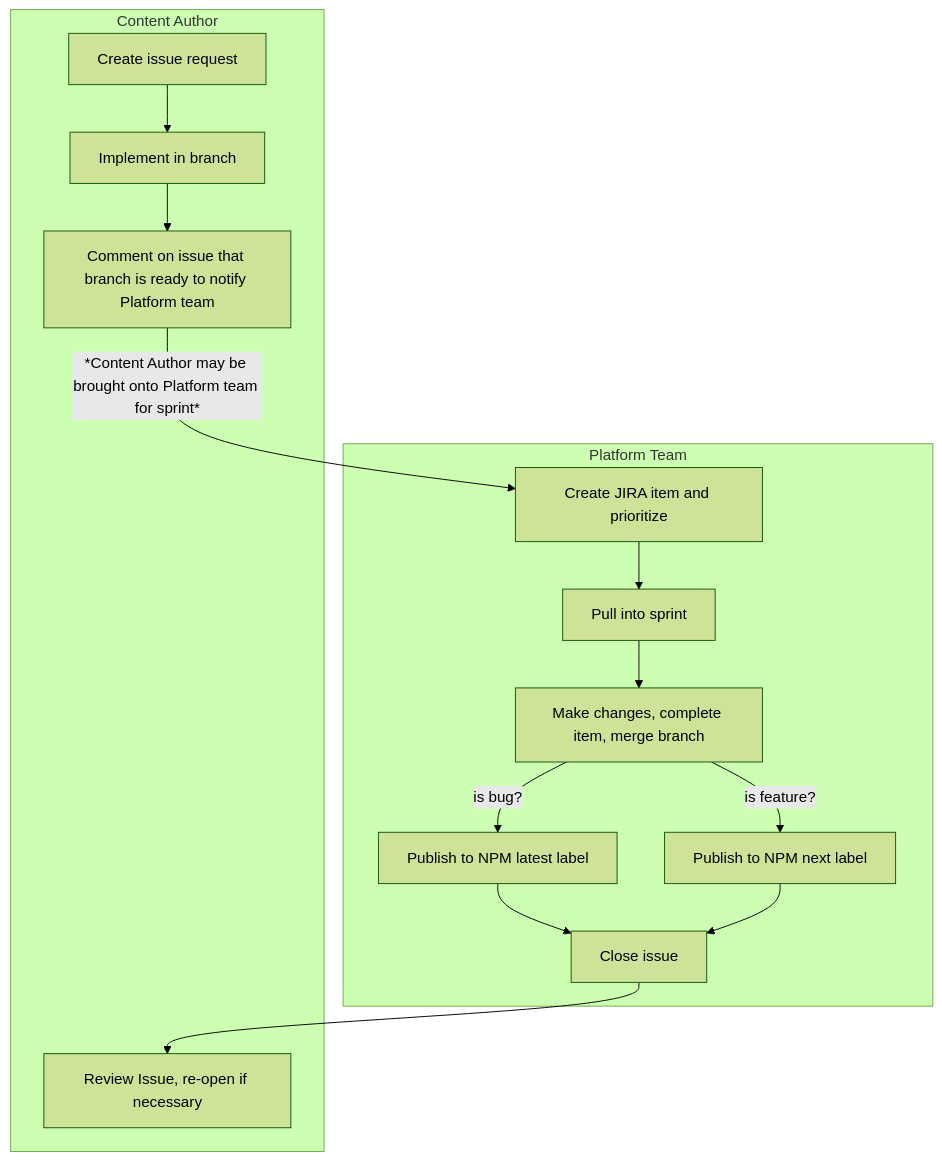
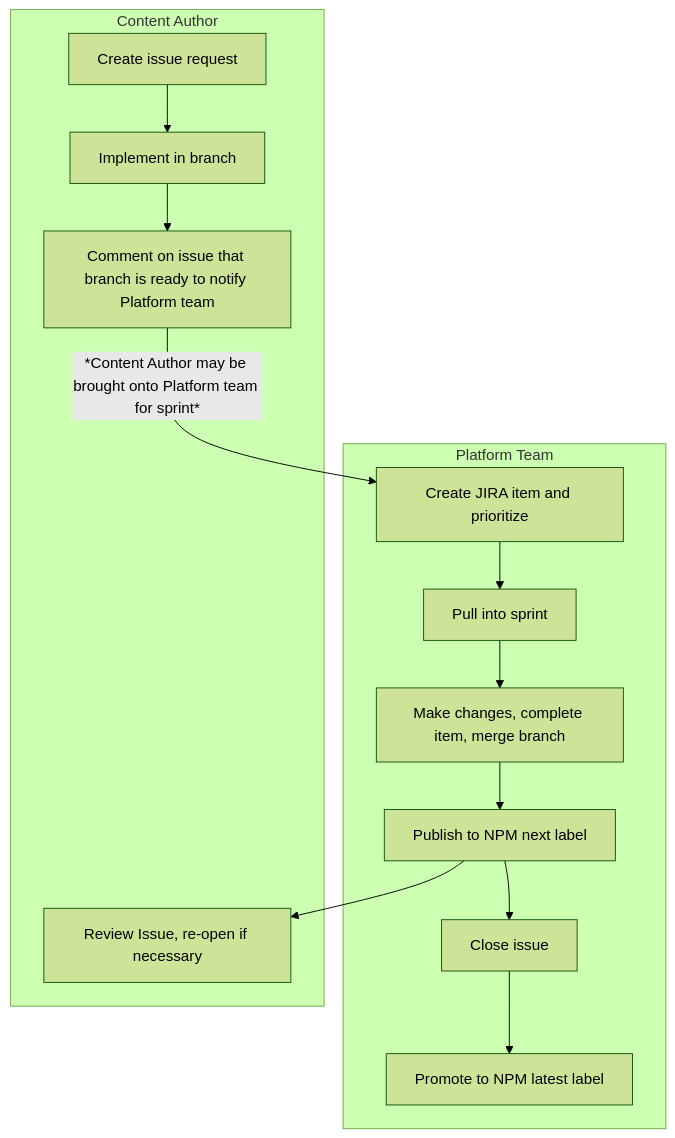
One commit to GovAlta/ui-components changed the diagram in contributing.md. Above: the diagram before and after it, drawn with Mermaid (forest theme). The commit also changed other lines of this file and 7 other files, not shown here.

````diff
--- a/contributing.md
+++ b/contributing.md
@@ -10,20 +14,19 @@
 ```mermaid
 graph TD
 subgraph Content Author
 	1[Create issue request] --> 2[Implement in branch]
 	2 --> 3[Comment on issue that branch is ready to notify Platform team]
   4[Review Issue, re-open if necessary]
 end
 subgraph Platform Team
 3 --> |*Content Author may be brought onto Platform team for sprint*| A
 A[Create JIRA item and prioritize] --> B[Pull into sprint]
 B --> C[Make changes, complete item, merge branch]
-C --> |is feature?| D[Publish to NPM next label]
-C --> |is bug?| E[Publish to NPM latest label]
-E --> F[Close issue]
-D --> F
-F --> 4
+C --> D[Publish to NPM next label]
+D --> F[Close issue]
+F --> G[Promote to NPM latest label]
+D --> 4
 end
 
 
 ```
````
